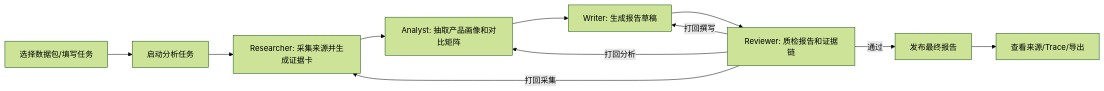
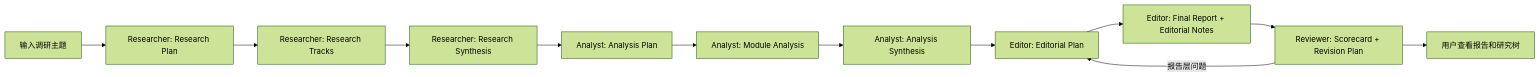
Before and after one commit to Vendow-ZQ/Scout: the diagram in PRD_0528.md, drawn with Mermaid (forest theme). The commit also changed other lines of this file and 54 other files, not shown here.

````diff
--- a/PRD_0528.md
+++ b/PRD_0528.md
@@ -155,13 +70,14 @@
 ```mermaid
 flowchart LR
-  A["选择数据包/填写任务"] --> B["启动分析任务"]
-  B --> C["Researcher: 采集来源并生成证据卡"]
-  C --> D["Analyst: 抽取产品画像和对比矩阵"]
-  D --> E["Writer: 生成报告草稿"]
-  E --> F["Reviewer: 质检报告和证据链"]
-  F -->|通过| G["发布最终报告"]
-  F -->|打回采集| C
-  F -->|打回分析| D
-  F -->|打回撰写| E
-  G --> H["查看来源/Trace/导出"]
+  A["输入调研主题"] --> B["Researcher: Research Plan"]
+  B --> C["Researcher: Research Tracks"]
+  C --> D["Researcher: Research Synthesis"]
+  D --> E["Analyst: Analysis Plan"]
+  E --> F["Analyst: Module Analysis"]
+  F --> G["Analyst: Analysis Synthesis"]
+  G --> H["Editor: Editorial Plan"]
+  H --> I["Editor: Final Report + Editorial Notes"]
+  I --> J["Reviewer: Scorecard + Revision Plan"]
+  J --> K["用户查看报告和研究树"]
+  J -->|报告层问题| H
 ```
````
